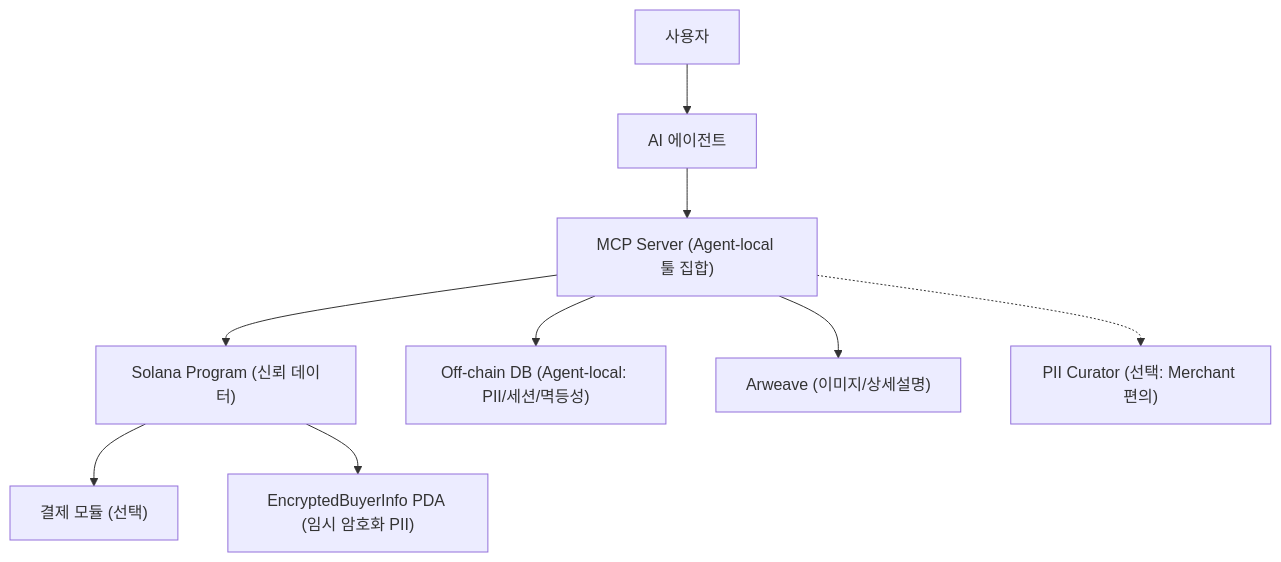
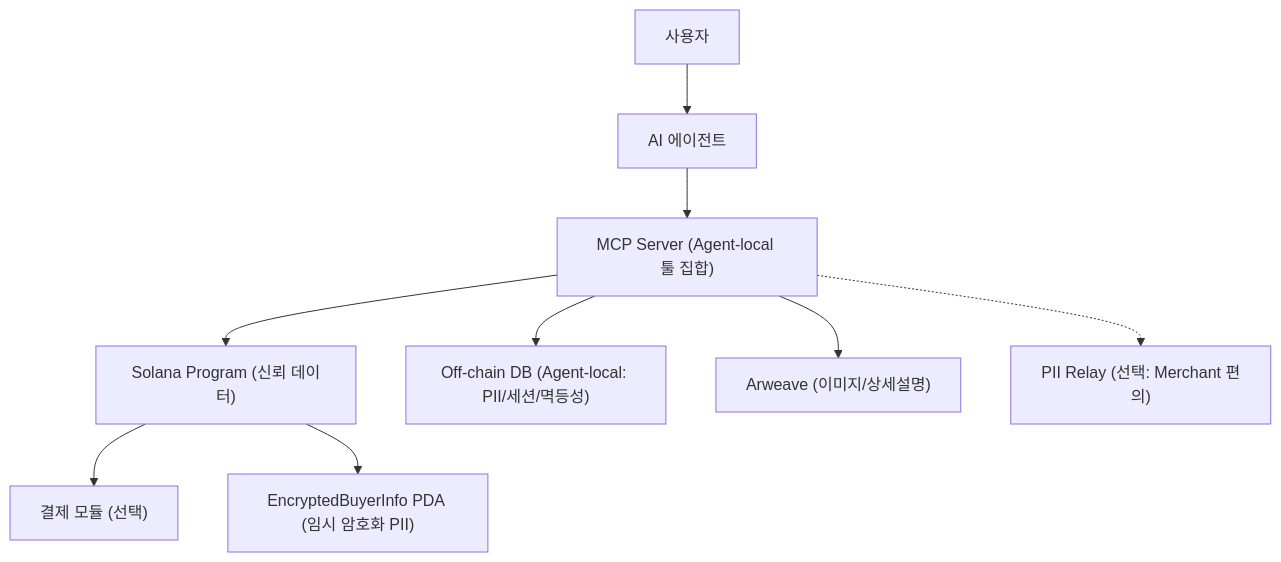
The first of 8 diagrams in docs/market/README.md (hayden-02055/interlude), drawn with Mermaid before and after one commit. The commit also changed other lines of this file and 10 other files, not shown here.

````diff
--- a/docs/market/README.md
+++ b/docs/market/README.md
@@ -36,11 +36,11 @@
 ```mermaid
 flowchart TB
   U["사용자"] --> A["AI 에이전트"]
   A --> M["MCP Server (Agent-local 툴 집합)"]
   M --> S["Solana Program (신뢰 데이터)"]
   M --> D["Off-chain DB (Agent-local: PII/세션/멱등성)"]
   M --> W["Arweave (이미지/상세설명)"]
   S --> P["결제 모듈 (선택)"]
   S --> E["EncryptedBuyerInfo PDA (임시 암호화 PII)"]
-  M -.-> I["PII Curator (선택: Merchant 편의)"]
+  M -.-> I["PII Relay (선택: Merchant 편의)"]
 ```
````
